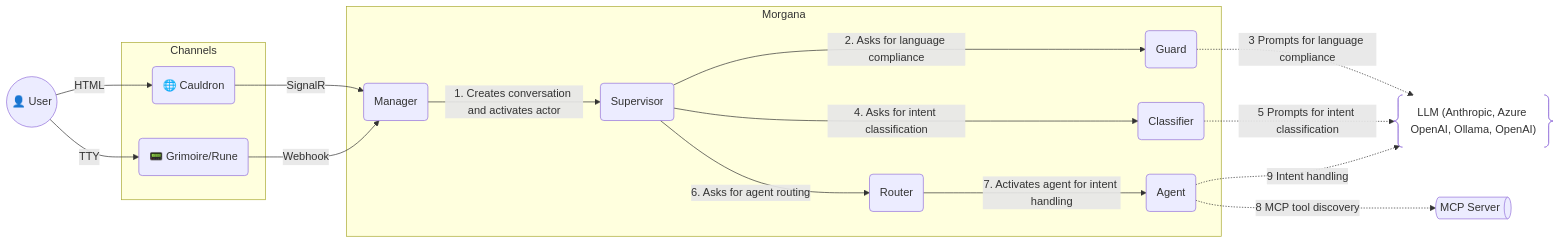
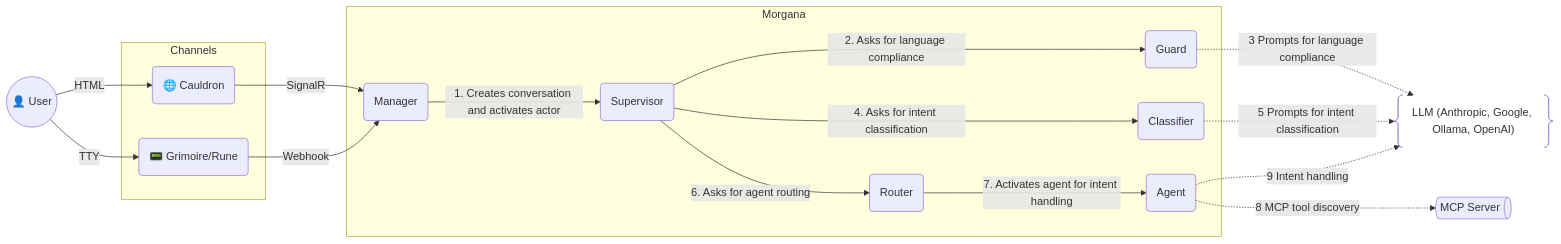
One commit to mdesalvo/Morgana changed the first of 2 diagrams in README.md. Above: the diagram before and after it, drawn with Mermaid. The commit also changed 72 other files, not shown here.

````diff
--- a/README.md
+++ b/README.md
@@ -50,42 +50,42 @@
 ```mermaid
 graph LR
   U@{shape: circle, label: "👤 User"}
 
   %% Channels (reference clients, out-of-the-box)
   subgraph Channels["Channels"]
     CLD@{shape: rounded, label: "🌐 Cauldron"}
     RUN@{shape: rounded, label: "📟 Grimoire/Rune"}
   end
 
   %% Backend boundary
   subgraph Morgana["Morgana"]
     CM@{shape: rounded, label: "Manager"}
     SV@{shape: rounded, label: "Supervisor"}
 
     G@{shape: rounded, label: "Guard"}
     C@{shape: rounded, label: "Classifier"}
     R@{shape: rounded, label: "Router"}
     MA@{shape: rounded, label: "Agent"}
   end
 
   %% User → Channel
   U -- HTML --> CLD
   U -- TTY --> RUN
 
   %% Channel → BE
   CLD -- SignalR --> CM
   RUN -- Webhook --> CM
   CM -- 1. Creates conversation and activates actor --> SV
 
   %% Internal BE flow
   SV -- 2. Asks for language compliance --> G
   SV -- 4. Asks for intent classification --> C
   SV -- 6. Asks for agent routing --> R
   R -- 7. Activates agent for intent handling --> MA
 
   %% External systems
-  G -. 3 Prompts for language compliance .-> LLM@{shape: braces, label: "LLM (Anthropic, Azure OpenAI, Ollama, OpenAI)"}
+  G -. 3 Prompts for language compliance .-> LLM@{shape: braces, label: "LLM (Anthropic, Google, Ollama, OpenAI)"}
   C -. 5 Prompts for intent classification .-> LLM
   MA -. 8 MCP tool discovery .-> MCP@{shape: das, label: "MCP Server"}
   MA -. 9 Intent handling .-> LLM
 ```
````
